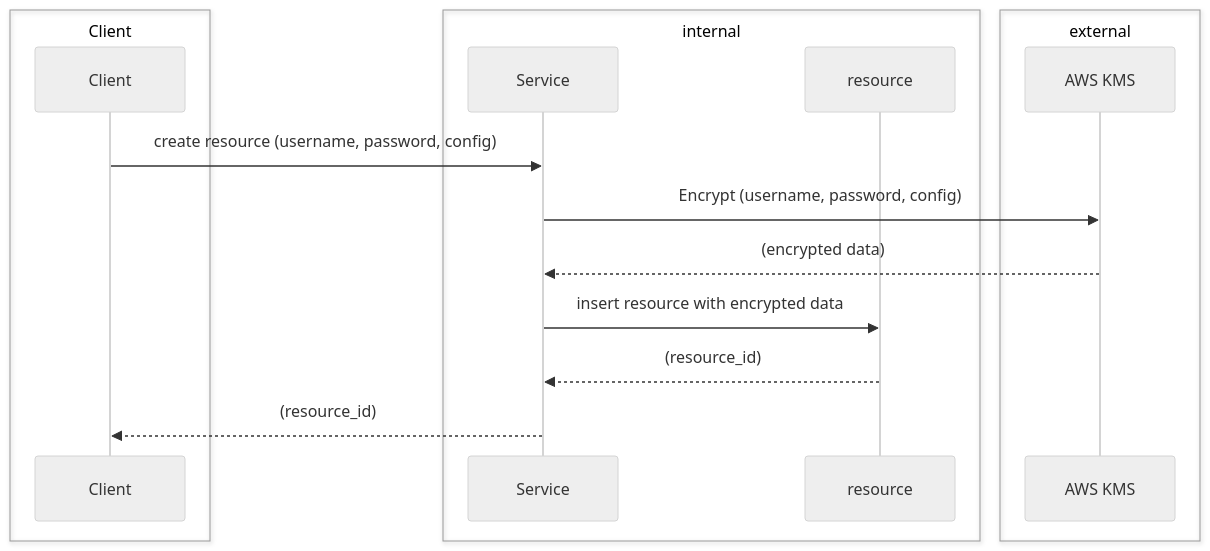
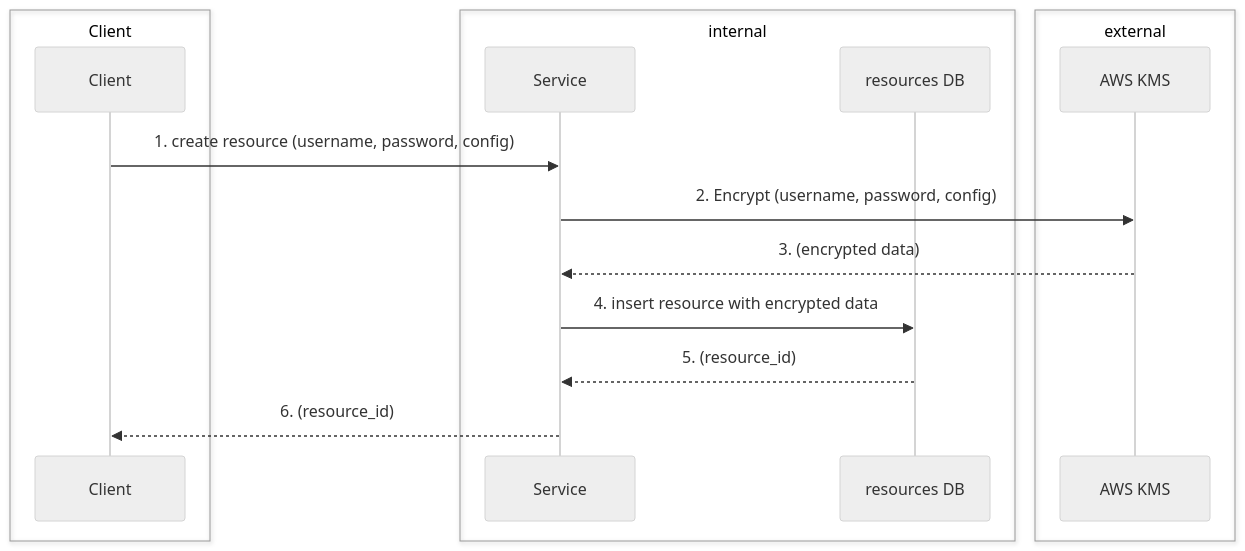
The first of 2 diagrams in docs/create-resource-flow.md (spk-cpsamut/rep-pro), drawn with Mermaid (neutral theme) before and after one commit. The commit also changed other lines of this file and 6 other files, not shown here.

````diff
--- a/docs/create-resource-flow.md
+++ b/docs/create-resource-flow.md
@@ -1,19 +7,19 @@
 ```mermaid
 sequenceDiagram
     box Client
     participant C as Client
     end
     box internal
     participant S as Service
-    participant R as resource
+    participant R as resources DB
     end
     box external
     participant K as AWS KMS
     end
-    C ->> S: create resource (username, password, config)
-    S ->> K: Encrypt (username, password, config)
-    K -->> S: (encrypted data)
-    S ->> R: insert resource with encrypted data
-    R -->> S: (resource_id)
-    S -->> C: (resource_id)
+    C ->> S: 1. create resource (username, password, config)
+    S ->> K: 2. Encrypt (username, password, config)
+    K -->> S: 3. (encrypted data)
+    S ->> R: 4. insert resource with encrypted data
+    R -->> S: 5. (resource_id)
+    S -->> C: 6. (resource_id)
 ```
````
